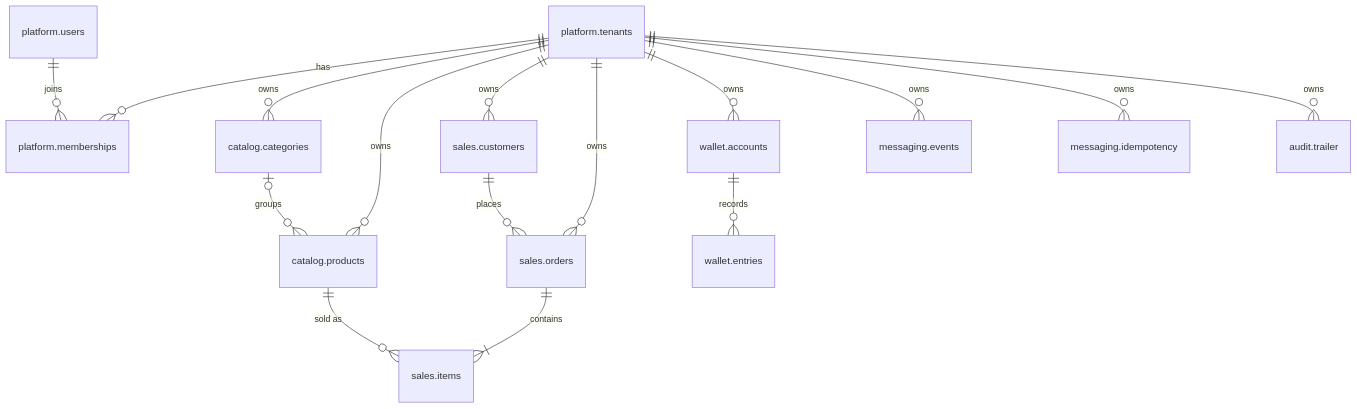
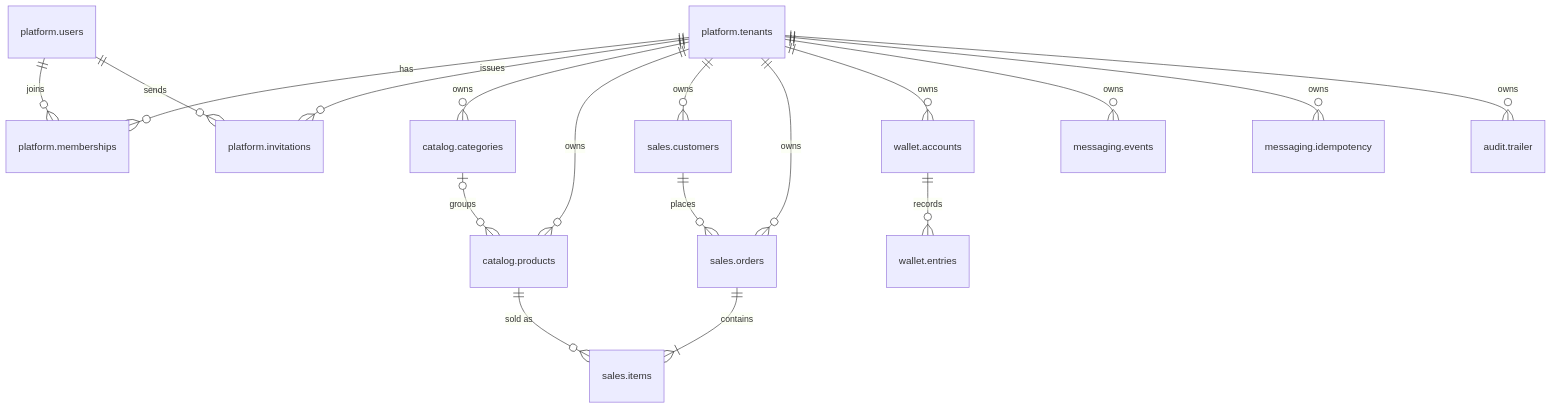
One commit to ronz204/poc-data-access changed the first of 7 diagrams in drizzle/DIAGRAM.md. Above: the diagram before and after it, drawn with Mermaid. The commit also changed other lines of this file and 4 other files, not shown here.

First line of the commit message:
docs(kb): model invitations in platform schema

````diff
--- a/drizzle/DIAGRAM.md
+++ b/drizzle/DIAGRAM.md
@@ -63,32 +63,35 @@
 ```mermaid
 erDiagram
     platform_tenants["platform.tenants"]
     platform_users["platform.users"]
     platform_memberships["platform.memberships"]
+    platform_invitations["platform.invitations"]
     catalog_categories["catalog.categories"]
     catalog_products["catalog.products"]
     sales_customers["sales.customers"]
     sales_orders["sales.orders"]
     sales_items["sales.items"]
     wallet_accounts["wallet.accounts"]
     wallet_entries["wallet.entries"]
     messaging_events["messaging.events"]
     messaging_idempotency["messaging.idempotency"]
     audit_trailer["audit.trailer"]
 
     platform_tenants ||--o{ platform_memberships : has
     platform_users ||--o{ platform_memberships : joins
+    platform_tenants ||--o{ platform_invitations : issues
+    platform_users ||--o{ platform_invitations : sends
     platform_tenants ||--o{ catalog_categories : owns
     platform_tenants ||--o{ catalog_products : owns
     platform_tenants ||--o{ sales_customers : owns
     platform_tenants ||--o{ sales_orders : owns
     platform_tenants ||--o{ wallet_accounts : owns
     platform_tenants ||--o{ messaging_events : owns
     platform_tenants ||--o{ messaging_idempotency : owns
     platform_tenants ||--o{ audit_trailer : owns
     catalog_categories |o--o{ catalog_products : groups
     sales_customers ||--o{ sales_orders : places
     sales_orders ||--|{ sales_items : contains
     catalog_products ||--o{ sales_items : "sold as"
     wallet_accounts ||--o{ wallet_entries : records
 ```
````
